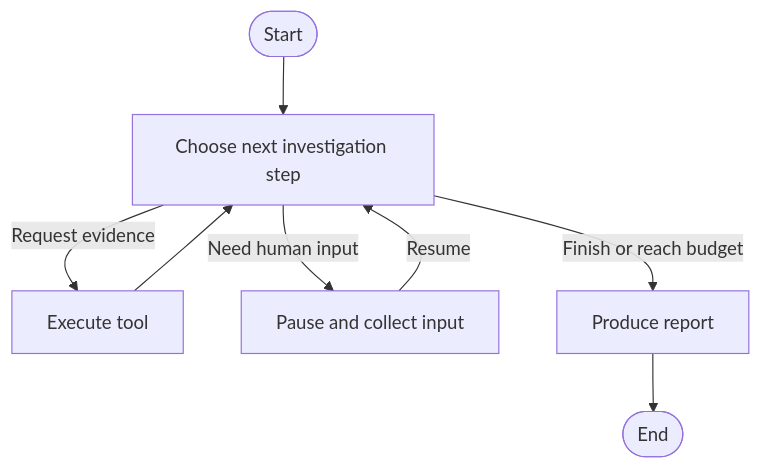
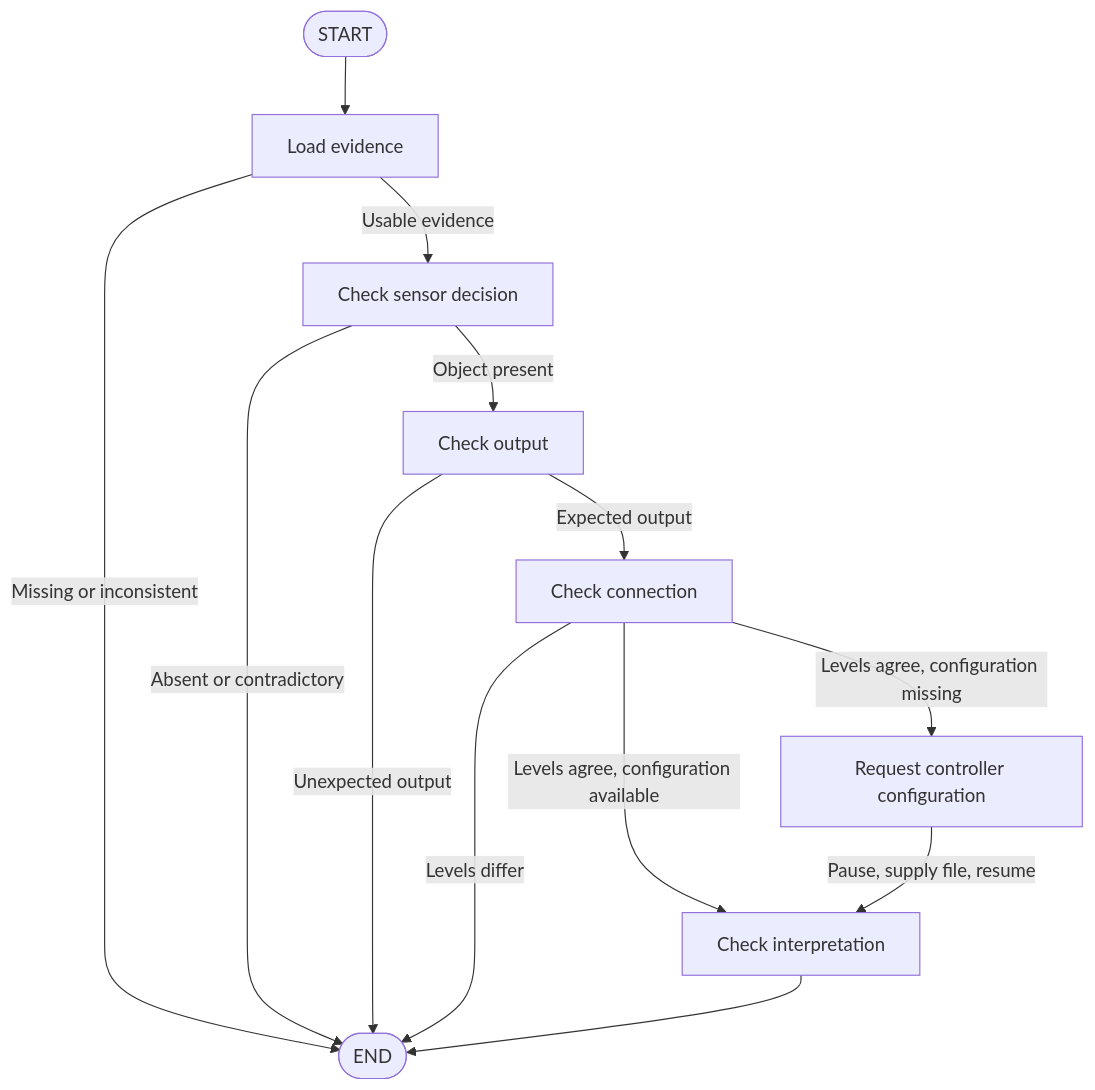
The diagram in README.md (55B0/langgraph-agent-lab), drawn with Mermaid before and after one commit. The commit also changed other lines of this file, not shown here.

````diff
--- a/README.md
+++ b/README.md
@@ -193,10 +69,15 @@
 ```mermaid
 flowchart TD
-    S([Start]) --> A[Choose next investigation step]
-    A -->|Request evidence| T[Execute tool]
-    T --> A
-    A -->|Need human input| H[Pause and collect input]
-    H -->|Resume| A
-    A -->|Finish or reach budget| R[Produce report]
-    R --> E([End])
+    S([START]) --> L[Load evidence]
+    L -->|Usable evidence| A[Check sensor decision]
+    L -->|Missing or inconsistent| E([END])
+    A -->|Object present| O[Check output]
+    A -->|Absent or contradictory| E
+    O -->|Expected output| C[Check connection]
+    O -->|Unexpected output| E
+    C -->|Levels differ| E
+    C -->|Levels agree, configuration missing| H[Request controller configuration]
+    C -->|Levels agree, configuration available| I[Check interpretation]
+    H -->|Pause, supply file, resume| I
+    I --> E
 ```
````
